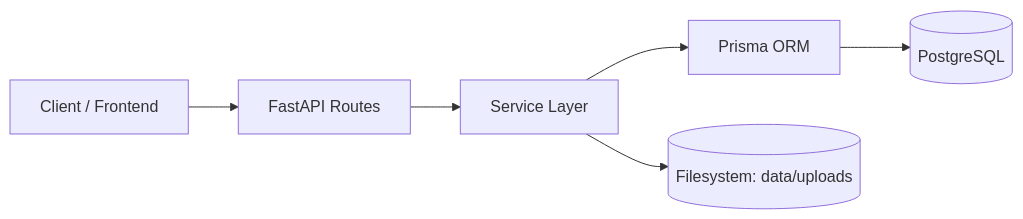
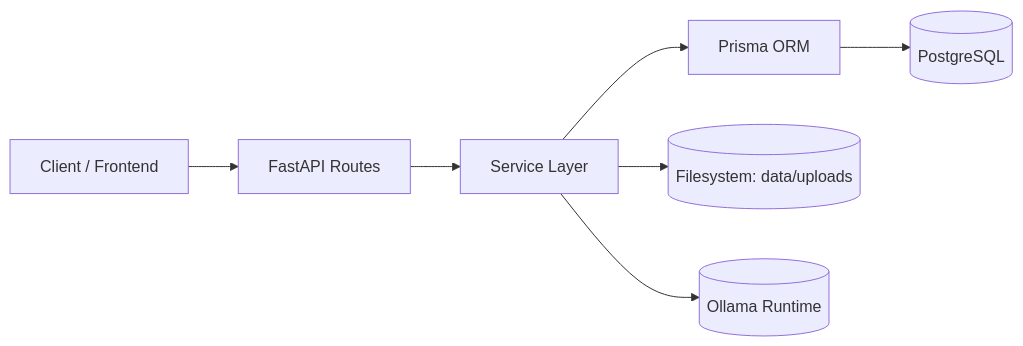
Before and after one commit to Dipurajasaha/DocTalk: the first of 19 diagrams in backend/backend.md, drawn with Mermaid. The commit also changed other lines of this file and 17 other files, not shown here.

Commit message:
refactor(stage-9): migrate AI stack to fully local Ollama-based healthcare RAG architecture

````diff
--- a/backend/backend.md
+++ b/backend/backend.md
@@ -72,8 +76,9 @@
 ```mermaid
 flowchart LR
     Client[Client / Frontend] --> API[FastAPI Routes]
     API --> Service[Service Layer]
     Service --> Prisma[Prisma ORM]
     Prisma --> DB[(PostgreSQL)]
     Service --> FS[(Filesystem: data/uploads)]
+    Service --> Ollama[(Ollama Runtime)]
 ```
````
